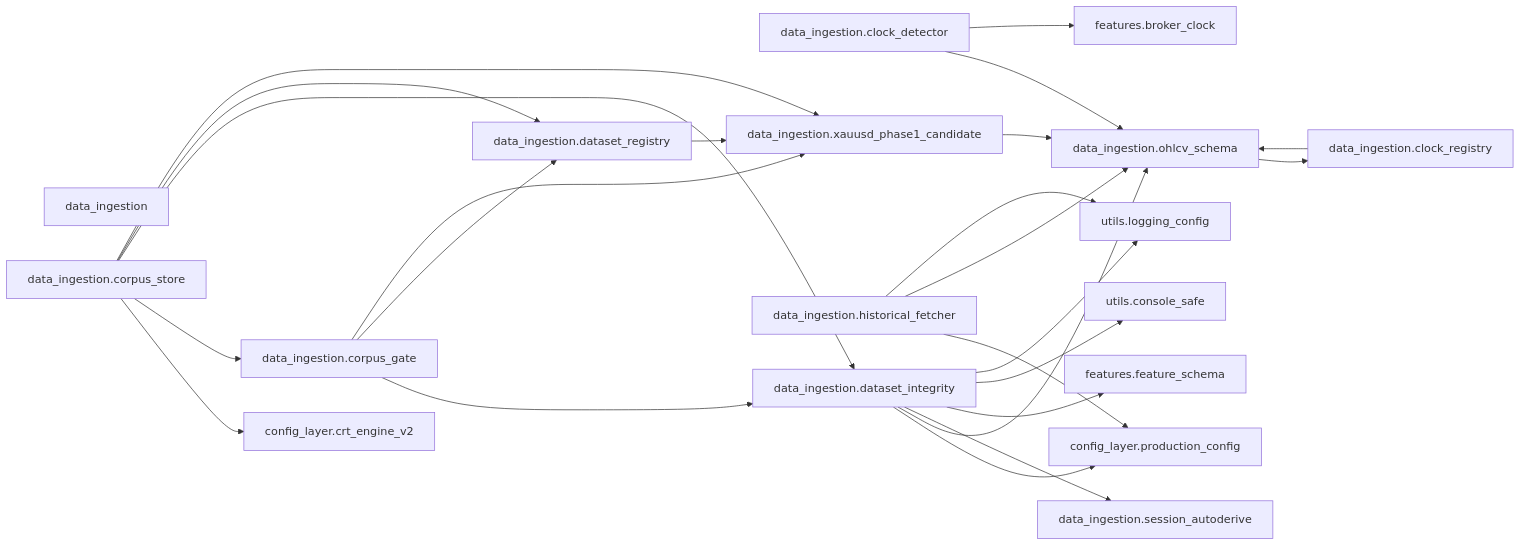
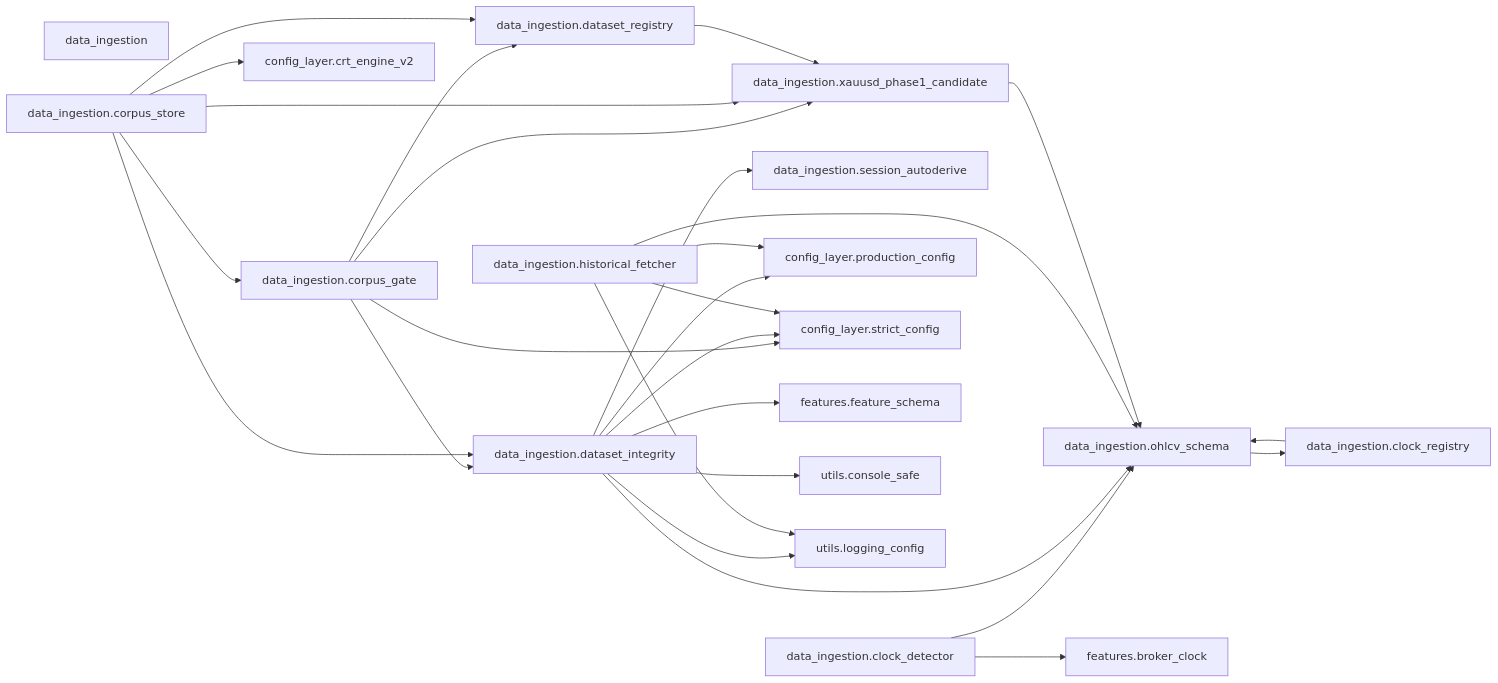
One commit to Chaithu1995-0312/TradeHlt changed the tenth of 41 diagrams in docs/architecture/code-map.generated.md. Above: the diagram before and after it, drawn with Mermaid. The commit also changed other lines of this file and 6 other files, not shown here.

````diff
--- a/docs/architecture/code-map.generated.md
+++ b/docs/architecture/code-map.generated.md
@@ -786,43 +855,47 @@
 ```mermaid
 flowchart LR
     data_ingestion["data_ingestion"]
     data_ingestion_clock_detector["data_ingestion.clock_detector"]
     data_ingestion_clock_registry["data_ingestion.clock_registry"]
     data_ingestion_corpus_gate["data_ingestion.corpus_gate"]
     data_ingestion_corpus_store["data_ingestion.corpus_store"]
     data_ingestion_dataset_integrity["data_ingestion.dataset_integrity"]
     data_ingestion_dataset_registry["data_ingestion.dataset_registry"]
     data_ingestion_historical_fetcher["data_ingestion.historical_fetcher"]
     data_ingestion_ohlcv_schema["data_ingestion.ohlcv_schema"]
     data_ingestion_session_autoderive["data_ingestion.session_autoderive"]
     data_ingestion_xauusd_phase1_candidate["data_ingestion.xauusd_phase1_candidate"]
     config_layer_crt_engine_v2["config_layer.crt_engine_v2"]
     config_layer_production_config["config_layer.production_config"]
+    config_layer_strict_config["config_layer.strict_config"]
     features_broker_clock["features.broker_clock"]
     features_feature_schema["features.feature_schema"]
     utils_console_safe["utils.console_safe"]
     utils_logging_config["utils.logging_config"]
     data_ingestion_clock_detector --> data_ingestion_ohlcv_schema
     data_ingestion_clock_detector --> features_broker_clock
     data_ingestion_clock_registry --> data_ingestion_ohlcv_schema
+    data_ingestion_corpus_gate --> config_layer_strict_config
     data_ingestion_corpus_gate --> data_ingestion_dataset_integrity
     data_ingestion_corpus_gate --> data_ingestion_dataset_registry
     data_ingestion_corpus_gate --> data_ingestion_xauusd_phase1_candidate
     data_ingestion_corpus_store --> config_layer_crt_engine_v2
     data_ingestion_corpus_store --> data_ingestion_corpus_gate
     data_ingestion_corpus_store --> data_ingestion_dataset_integrity
     data_ingestion_corpus_store --> data_ingestion_dataset_registry
     data_ingestion_corpus_store --> data_ingestion_xauusd_phase1_candidate
     data_ingestion_dataset_integrity --> config_layer_production_config
+    data_ingestion_dataset_integrity --> config_layer_strict_config
     data_ingestion_dataset_integrity --> data_ingestion_ohlcv_schema
     data_ingestion_dataset_integrity --> data_ingestion_session_autoderive
     data_ingestion_dataset_integrity --> features_feature_schema
     data_ingestion_dataset_integrity --> utils_console_safe
     data_ingestion_dataset_integrity --> utils_logging_config
     data_ingestion_dataset_registry --> data_ingestion_xauusd_phase1_candidate
     data_ingestion_historical_fetcher --> config_layer_production_config
+    data_ingestion_historical_fetcher --> config_layer_strict_config
     data_ingestion_historical_fetcher --> data_ingestion_ohlcv_schema
     data_ingestion_historical_fetcher --> utils_logging_config
     data_ingestion_ohlcv_schema --> data_ingestion_clock_registry
     data_ingestion_xauusd_phase1_candidate --> data_ingestion_ohlcv_schema
 ```
````
